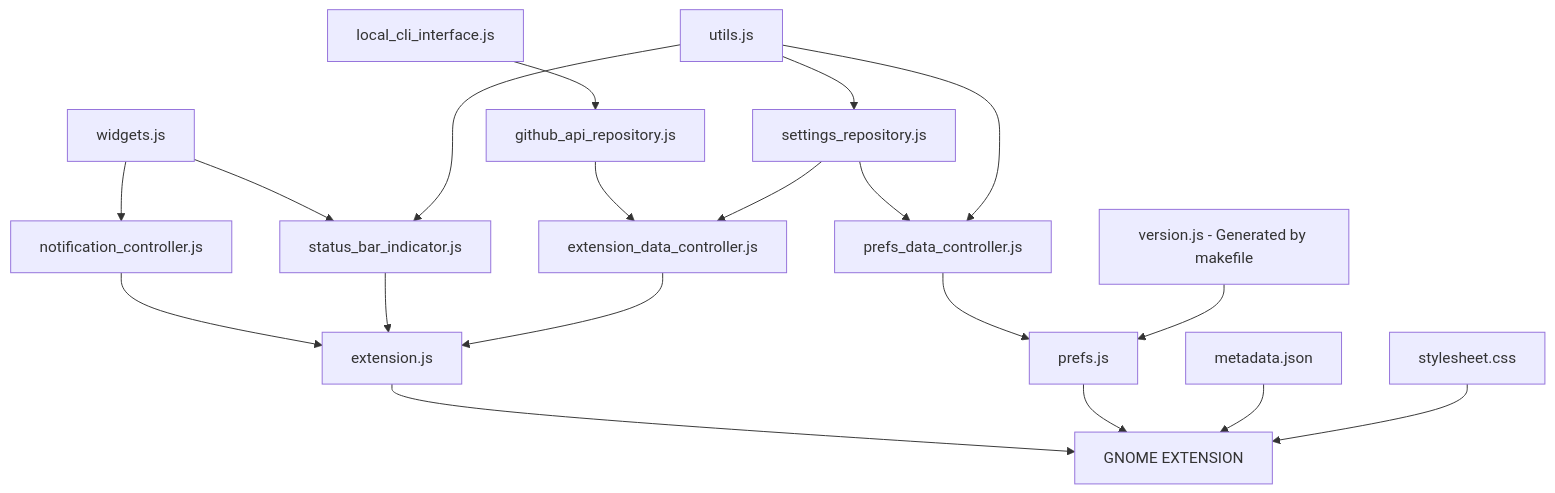
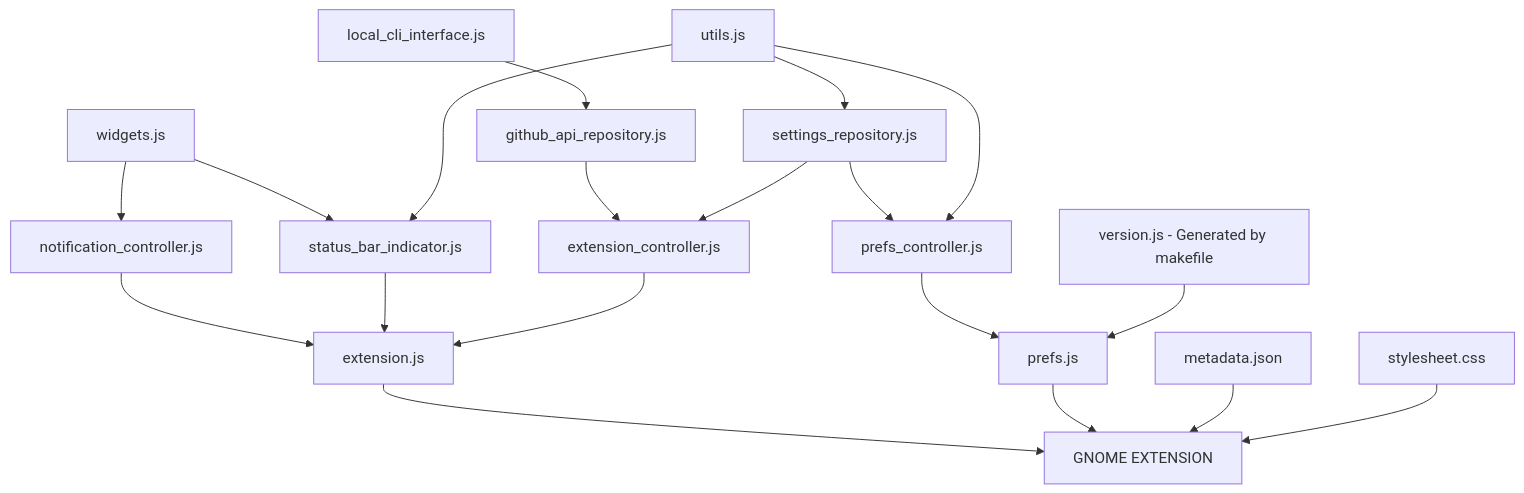
Before and after one commit to arononak/github-actions-gnome-extension: the diagram in README.md, drawn with Mermaid.

````diff
--- a/README.md
+++ b/README.md
@@ -32,23 +32,23 @@
 ```mermaid
 graph TD;
     local_cli_interface.js-->github_api_repository.js;
-    github_api_repository.js-->extension_data_controller.js;
+    github_api_repository.js-->extension_controller.js;
     widgets.js-->status_bar_indicator.js;
     widgets.js-->notification_controller.js;
     notification_controller.js-->extension.js;
     status_bar_indicator.js-->extension.js;
-    settings_repository.js-->extension_data_controller.js;
-    extension_data_controller.js-->extension.js;
+    settings_repository.js-->extension_controller.js;
+    extension_controller.js-->extension.js;
     utils.js-->status_bar_indicator.js;
     utils.js-->settings_repository.js;
-    settings_repository.js-->prefs_data_controller.js;
-    utils.js-->prefs_data_controller.js;
-    prefs_data_controller.js-->prefs.js
+    settings_repository.js-->prefs_controller.js;
+    utils.js-->prefs_controller.js;
+    prefs_controller.js-->prefs.js
 
     version.js[version.js - Generated by makefile]-->prefs.js;
 
     extension.js-->EXTENSION[GNOME EXTENSION]
     prefs.js-->EXTENSION[GNOME EXTENSION]
     metadata.json-->EXTENSION[GNOME EXTENSION]
     stylesheet.css-->EXTENSION[GNOME EXTENSION]
 ```
````
